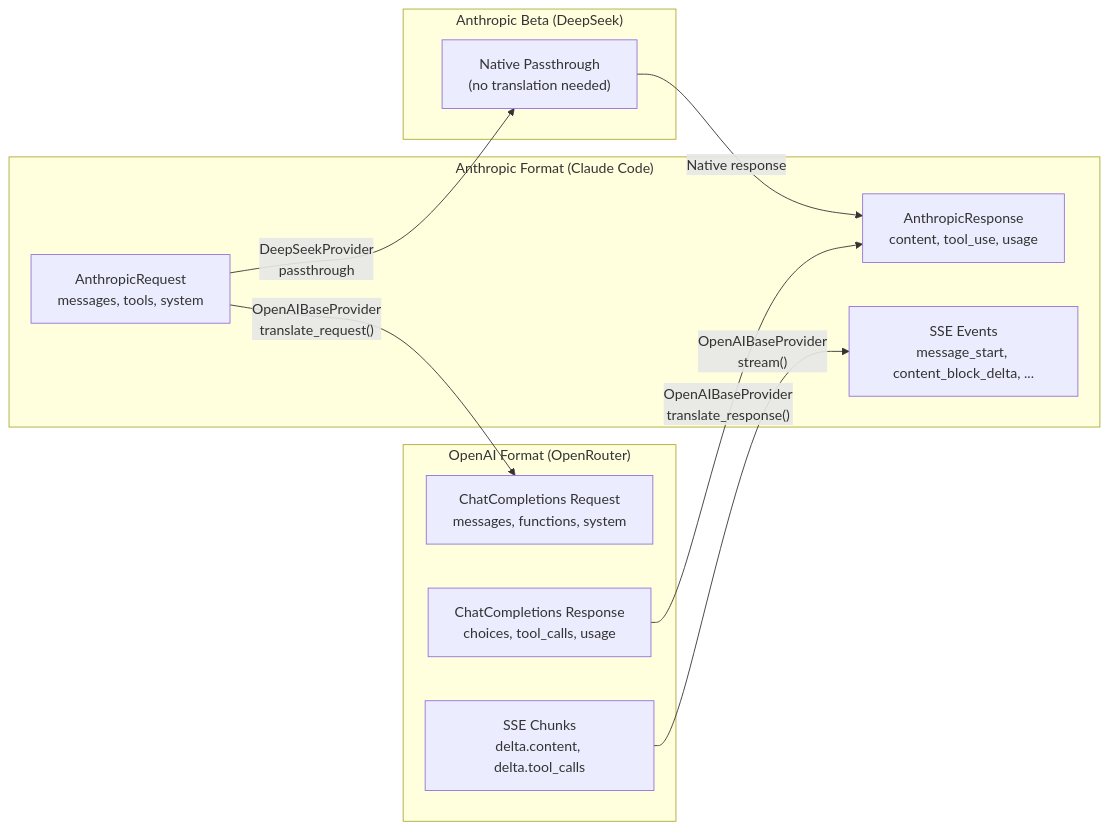
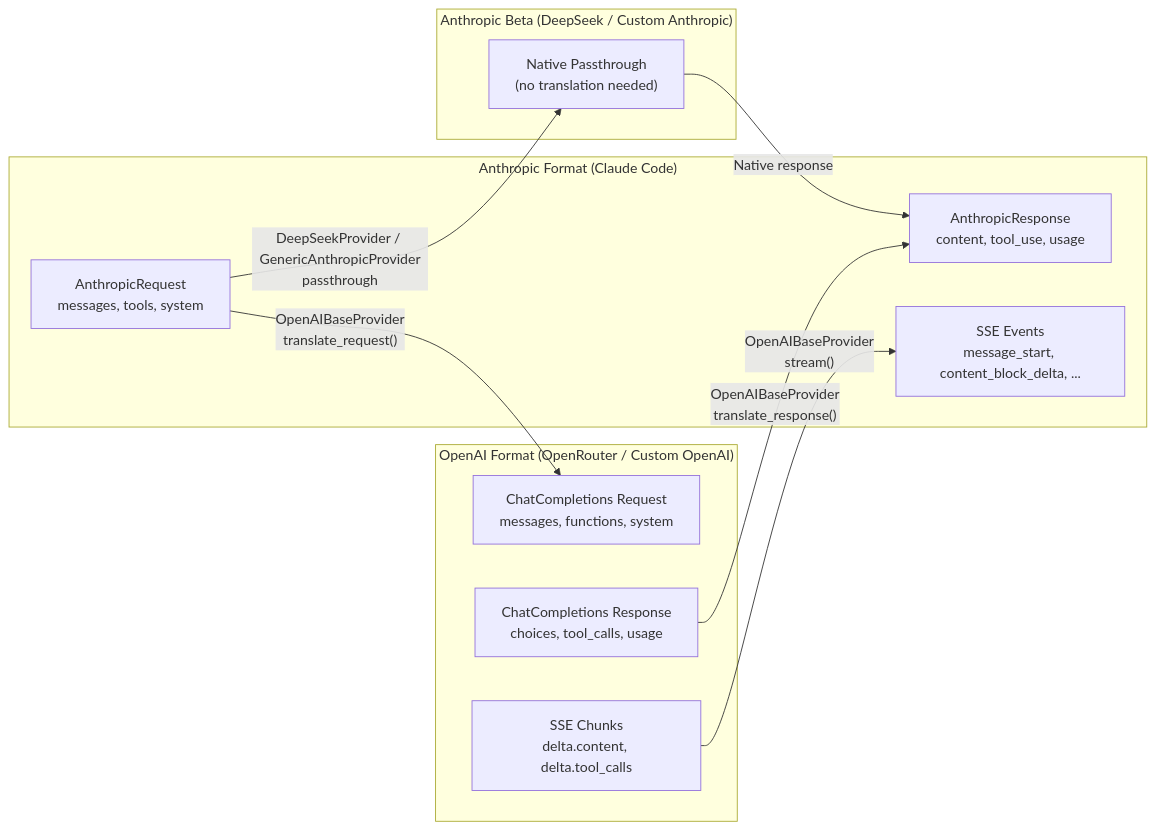
The third of 3 diagrams in README.md (momadhuynh04/freeClaude), drawn with Mermaid before and after one commit. The commit also changed other lines of this file and 32 other files, not shown here.

````diff
--- a/README.md
+++ b/README.md
@@ -377,25 +490,25 @@
 ```mermaid
 flowchart LR
     subgraph "Anthropic Format (Claude Code)"
         A1["AnthropicRequest<br/>messages, tools, system"]
         A2["AnthropicResponse<br/>content, tool_use, usage"]
         A3["SSE Events<br/>message_start, content_block_delta, ..."]
     end
 
-    subgraph "OpenAI Format (OpenRouter)"
+    subgraph "OpenAI Format (OpenRouter / Custom OpenAI)"
         O1["ChatCompletions Request<br/>messages, functions, system"]
         O2["ChatCompletions Response<br/>choices, tool_calls, usage"]
         O3["SSE Chunks<br/>delta.content, delta.tool_calls"]
     end
 
-    subgraph "Anthropic Beta (DeepSeek)"
+    subgraph "Anthropic Beta (DeepSeek / Custom Anthropic)"
         D1["Native Passthrough<br/>(no translation needed)"]
     end
 
     A1 -- "OpenAIBaseProvider<br/>translate_request()" --> O1
     O2 -- "OpenAIBaseProvider<br/>translate_response()" --> A2
     O3 -- "OpenAIBaseProvider<br/>stream()" --> A3
 
-    A1 -- "DeepSeekProvider<br/>passthrough" --> D1
+    A1 -- "DeepSeekProvider / GenericAnthropicProvider<br/>passthrough" --> D1
     D1 -- "Native response" --> A2
 ```
````
